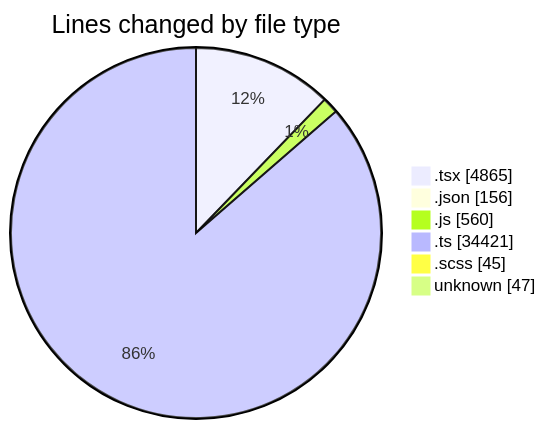
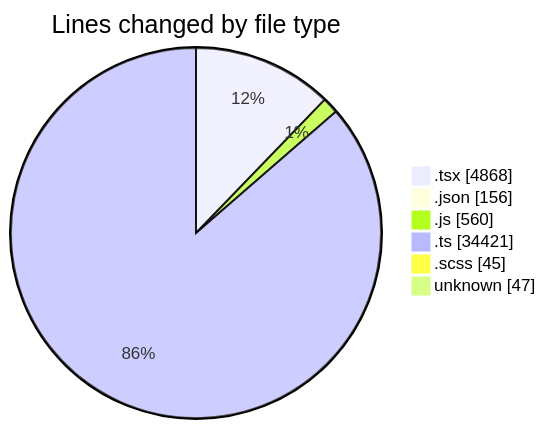
The first of 2 diagrams in 2025-11-10/cda/README.md (momahboobian/code-tracking), drawn with Mermaid before and after one commit. The commit also changed other lines of this file and 1 other file, not shown here.

````diff
--- a/2025-11-10/cda/README.md
+++ b/2025-11-10/cda/README.md
@@ -47,10 +47,10 @@
 ```mermaid
 pie showData
 title Lines changed by file type
-".tsx" : 4865
+".tsx" : 4868
 ".json" : 156
 ".js" : 560
 ".ts" : 34421
 ".scss" : 45
 "unknown" : 47
 ```
````
